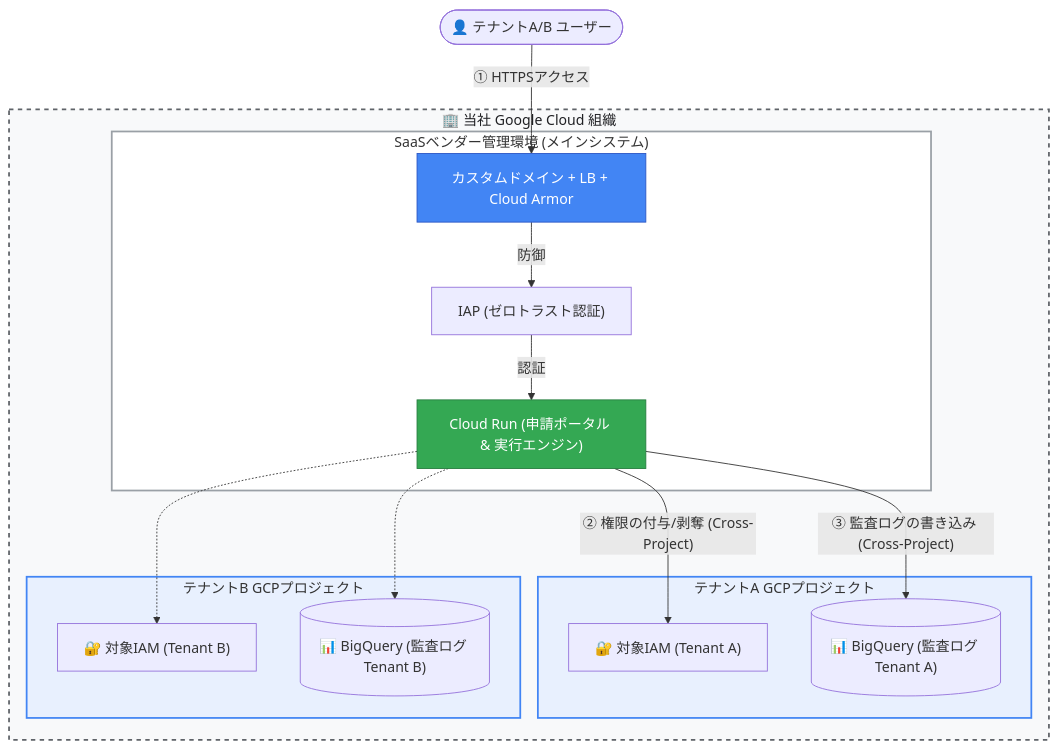
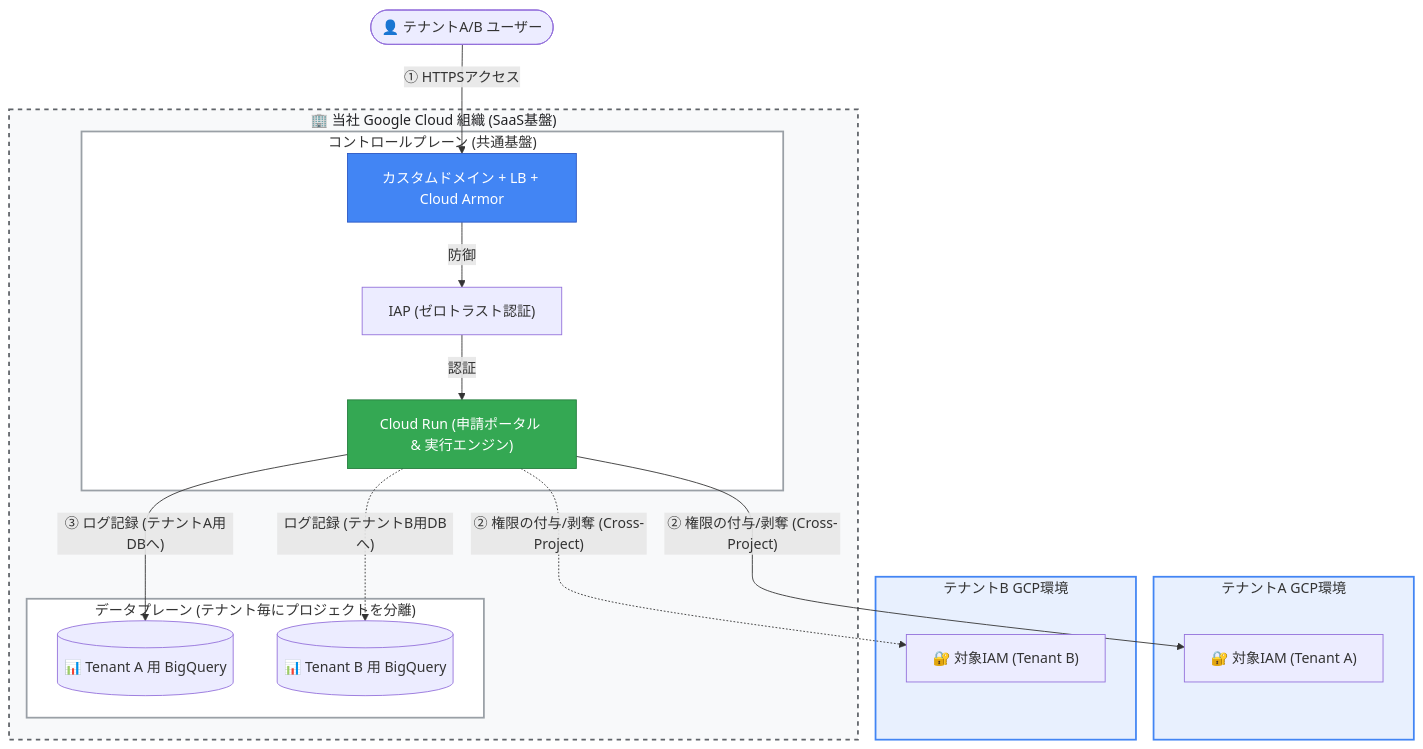
The second of 4 diagrams in docs/roadmap/roadmap.md (ea-Mitsuoka/cloud-access-manager), drawn with Mermaid before and after one commit. The commit also changed other lines of this file, not shown here.

````diff
--- a/docs/roadmap/roadmap.md
+++ b/docs/roadmap/roadmap.md
@@ -49,39 +49,44 @@
 ```mermaid
 graph TD
-    subgraph OurOrg ["🏢 当社 Google Cloud 組織"]
-        
-        subgraph Vendor ["SaaSベンダー管理環境 (メインシステム)"]
+    subgraph OurOrg ["🏢 当社 Google Cloud 組織 (SaaS基盤)"]
+
+        subgraph Vendor ["コントロールプレーン (共通基盤)"]
             Edge["カスタムドメイン + LB + Cloud Armor"]
             IAP["IAP (ゼロトラスト認証)"]
             CR["Cloud Run (申請ポータル & 実行エンジン)"]
-            
+
             Edge -->|"防御"| IAP
             IAP -->|"認証"| CR
         end
 
-        subgraph TenantA ["テナントA GCPプロジェクト"]
-            IAMA["🔐 対象IAM (Tenant A)"]
-            BQA[("📊 BigQuery (監査ログ Tenant A)")]
+        subgraph TenantData ["データプレーン (テナント毎にプロジェクトを分離)"]
+            BQA[("📊 Tenant A 用 BigQuery")]
+            BQB[("📊 Tenant B 用 BigQuery")]
         end
 
-        subgraph TenantB ["テナントB GCPプロジェクト"]
-            IAMB["🔐 対象IAM (Tenant B)"]
-            BQB[("📊 BigQuery (監査ログ Tenant B)")]
-        end
+        CR -->|"③ ログ記録 (テナントA用DBへ)"| BQA
+        CR -.->|"ログ記録 (テナントB用DBへ)"| BQB
 
+    end
+
+    subgraph TenantA_GCP ["テナントA GCP環境"]
+        IAMA["🔐 対象IAM (Tenant A)"]
+    end
+
+    subgraph TenantB_GCP ["テナントB GCP環境"]
+        IAMB["🔐 対象IAM (Tenant B)"]
     end
 
     User(["👤 テナントA/B ユーザー"]) -->|"① HTTPSアクセス"| Edge
     CR -->|"② 権限の付与/剥奪 (Cross-Project)"| IAMA
-    CR -->|"③ 監査ログの書き込み (Cross-Project)"| BQA
-    CR -.-> IAMB
-    CR -.-> BQB
+    CR -.->|"② 権限の付与/剥奪 (Cross-Project)"| IAMB
 
     %% スタイル定義
     style OurOrg fill:#f8f9fa,stroke:#5f6368,stroke-width:2px,stroke-dasharray: 5 5,color:#202124
     style Vendor fill:#ffffff,stroke:#9AA0A6,stroke-width:2px
-    style TenantA fill:#E8F0FE,stroke:#4285F4,stroke-width:2px
-    style TenantB fill:#E8F0FE,stroke:#4285F4,stroke-width:2px
+    style TenantData fill:#ffffff,stroke:#9AA0A6,stroke-width:2px
+    style TenantA_GCP fill:#E8F0FE,stroke:#4285F4,stroke-width:2px
+    style TenantB_GCP fill:#E8F0FE,stroke:#4285F4,stroke-width:2px
     style Edge fill:#4285F4,color:#fff,stroke:#2a56c4
     style CR fill:#34A853,color:#fff,stroke:#267d3f
 ```
````
